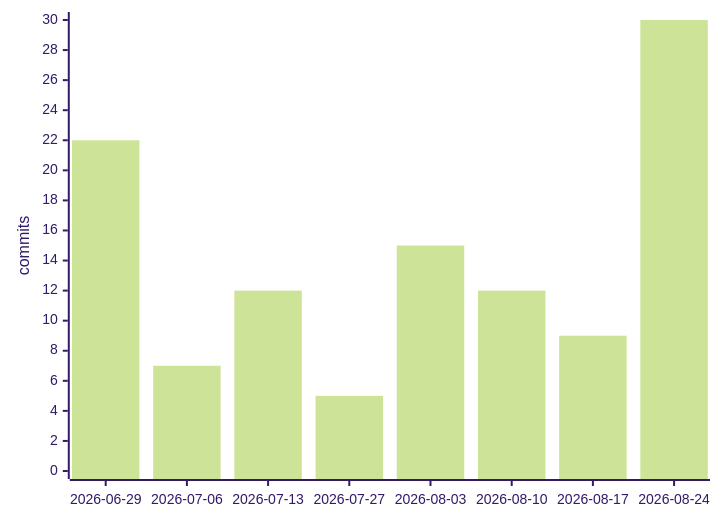
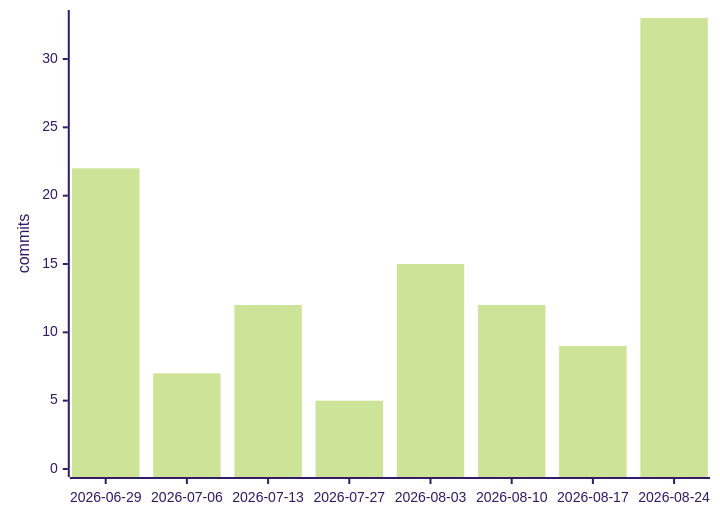
The first of 3 diagrams in README.md (Manashjyoti-Bora/Manashjyoti-Bora), drawn with Mermaid (forest theme) before and after one commit. The commit also changed other lines of this file and 5 other files, not shown here.

````diff
--- a/README.md
+++ b/README.md
@@ -163,6 +163,6 @@
 ```mermaid
 xychart-beta
     x-axis ["2026-06-29", "2026-07-06", "2026-07-13", "2026-07-27", "2026-08-03", "2026-08-10", "2026-08-17", "2026-08-24"]
-    y-axis "commits" 0 --> 30
-    bar [22, 7, 12, 5, 15, 12, 9, 30]
+    y-axis "commits" 0 --> 33
+    bar [22, 7, 12, 5, 15, 12, 9, 33]
 ```
````
